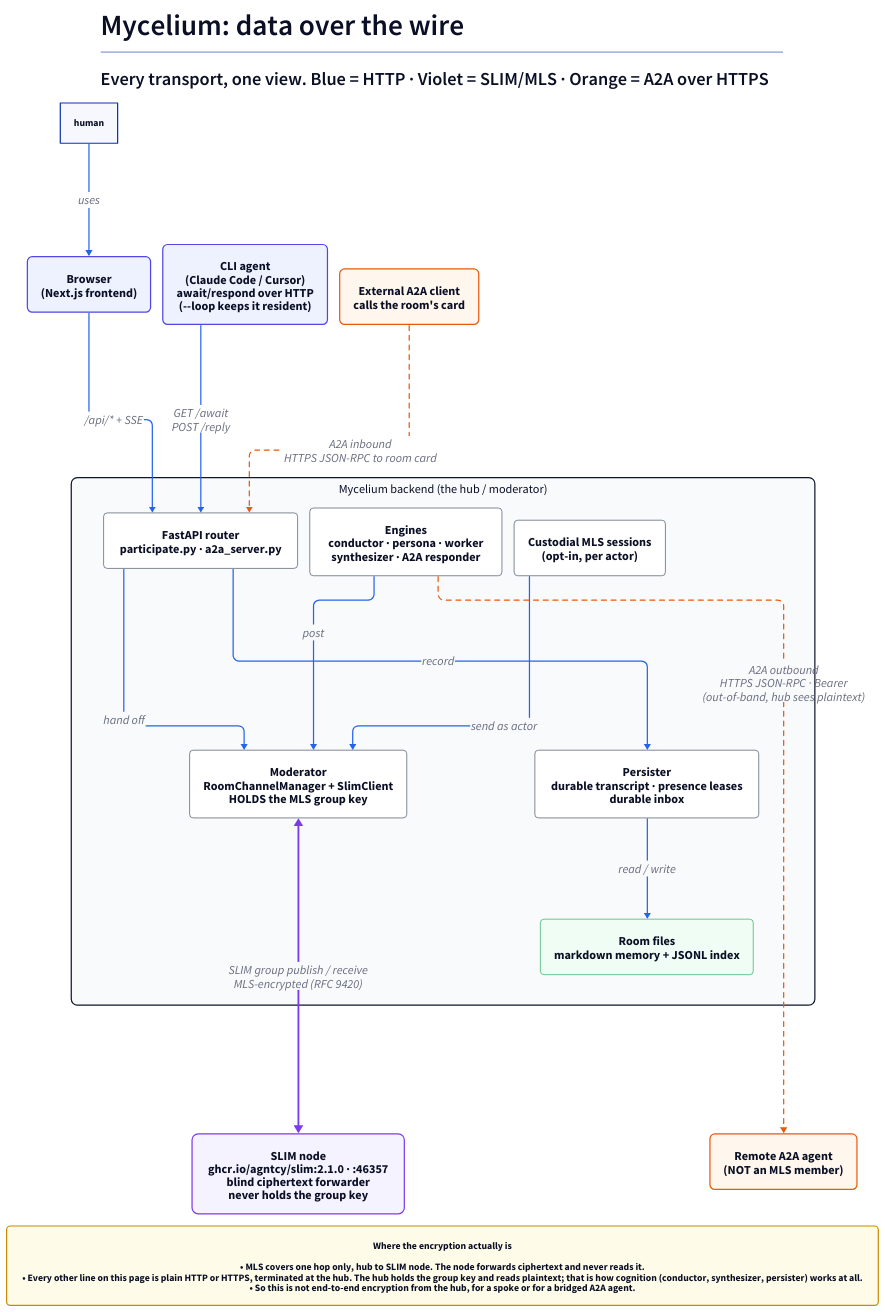
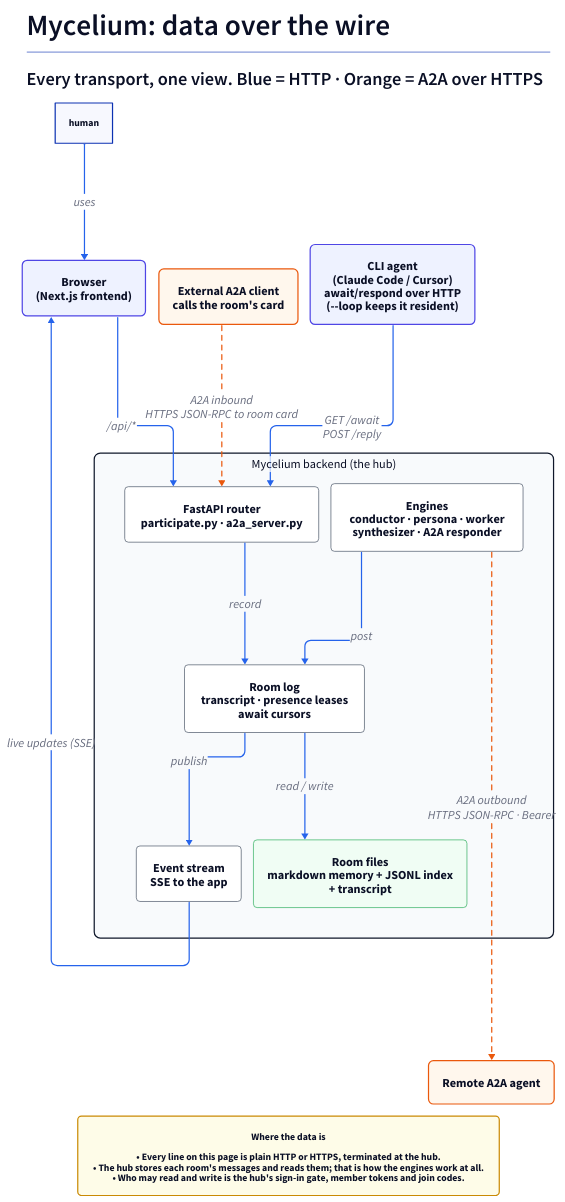
Before and after one commit to mycelium-io/mycelium: the diagram in mycelium-cli/src/mycelium/docs/reference/diagrams/00-system-context.d2, drawn with D2. The commit also changed 430 other files, not shown here.

First line of the commit message:
Remove SLIM, the accord and concord flows, and the IoC names

```diff
--- a/mycelium-cli/src/mycelium/docs/reference/diagrams/00-system-context.d2
+++ b/mycelium-cli/src/mycelium/docs/reference/diagrams/00-system-context.d2
@@ -1,70 +1,61 @@
 # Mycelium system context (thousand-foot view)
 # Rendered with D2: d2 00-system-context.d2 00-system-context.svg
 
 vars: {
   d2-config: {
     layout-engine: elk
     theme-id: 0
   }
 }
 
 title: |md
   # Mycelium: data over the wire
-  ### Every transport, one view. Blue = HTTP · Violet = SLIM/MLS · Orange = A2A over HTTPS
+  ### Every transport, one view. Blue = HTTP · Orange = A2A over HTTPS
 | {near: top-center; style.font-size: 24}
 
 classes: {
   actor:   { style: { font-size: 20; fill: "#eef2ff"; stroke: "#4f46e5"; stroke-width: 2; border-radius: 8 } }
   hub:     { style: { font-size: 20; fill: "#f8fafc"; stroke: "#0f172a"; stroke-width: 2; border-radius: 10 } }
   comp:    { style: { font-size: 20; fill: "#ffffff"; stroke: "#334155"; stroke-width: 1; border-radius: 6 } }
-  fabric:  { style: { font-size: 20; fill: "#f5f3ff"; stroke: "#7c3aed"; stroke-width: 2; border-radius: 10 } }
   external:{ style: { font-size: 20; fill: "#fff7ed"; stroke: "#ea580c"; stroke-width: 2; border-radius: 8 } }
   store:   { style: { font-size: 20; fill: "#f0fdf4"; stroke: "#16a34a"; stroke-width: 1; border-radius: 6 } }
   http:    { style: { font-size: 20; stroke: "#2563eb"; stroke-width: 2 } }
-  slim:    { style: { font-size: 20; stroke: "#7c3aed"; stroke-width: 3 } }
   a2a:     { style: { font-size: 20; stroke: "#ea580c"; stroke-width: 2; stroke-dash: 4 } }
   note:    { style: { fill: "#fefce8"; stroke: "#ca8a04"; font-size: 16; border-radius: 6 } }
 }
 
 # ---- Humans + agents (thin clients: they speak HTTP only) ----
 browser: Browser\n(Next.js frontend) {class: actor}
 cli_turn: CLI agent\n(Claude Code / Cursor)\nawait/respond over HTTP\n(--loop keeps it resident) {class: actor}
 
-# ---- The hub: the only thing that speaks SLIM ----
-hub: Mycelium backend  (the hub / moderator) {
+# ---- The hub: keeps every room ----
+hub: Mycelium backend  (the hub) {
   class: hub
   router: FastAPI router\nparticipate.py · a2a_server.py {class: comp}
-  moderator: Moderator\nRoomChannelManager + SlimClient\nHOLDS the MLS group key {class: comp}
-  persister: Persister\ndurable transcript · presence leases\ndurable inbox {class: comp}
+  persister: Room log\ntranscript · presence leases\nawait cursors {class: comp}
+  bus: Event stream\nSSE to the app {class: comp}
   engines: Engines\nconductor · persona · worker\nsynthesizer · A2A responder {class: comp}
-  custody: Custodial MLS sessions\n(opt-in, per actor) {class: comp}
-  files: Room files\nmarkdown memory + JSONL index {class: store}
+  files: Room files\nmarkdown memory + JSONL index\n+ transcript {class: store}
 }
 
-# ---- The fabric ----
-slim: SLIM node\nghcr.io/agntcy/slim:2.1.0 · :46357\nblind ciphertext forwarder\nnever holds the group key {class: fabric}
-
 # ---- External A2A ----
-remote: Remote A2A agent\n(NOT an MLS member) {class: external}
+remote: Remote A2A agent {class: external}
 ext_client: External A2A client\ncalls the room's card {class: external}
 
 # ---- Edges: thin clients -> hub over HTTP ----
 human -> browser: uses {class: http}
-browser -> hub.router: /api/* + SSE {class: http}
+browser -> hub.router: /api/* {class: http}
+hub.bus -> browser: live updates (SSE) {class: http}
 cli_turn -> hub.router: GET /await\nPOST /reply {class: http}
 
 # ---- Inside the hub ----
-hub.router -> hub.moderator: hand off {class: http}
 hub.router -> hub.persister: record {class: http}
-hub.engines -> hub.moderator: post {class: http}
+hub.engines -> hub.persister: post {class: http}
+hub.persister -> hub.bus: publish {class: http}
 hub.persister -> hub.files: read / write {class: http}
-hub.custody -> hub.moderator: send as actor {class: http}
 
-# ---- Hub <-> SLIM (the only SLIM hop in the single-hub topology) ----
-hub.moderator <-> slim: SLIM group publish / receive\nMLS-encrypted (RFC 9420) {class: slim}
-
-# ---- A2A: the hops that BYPASS the SLIM node ----
-hub.engines -> remote: A2A outbound\nHTTPS JSON-RPC · Bearer\n(out-of-band, hub sees plaintext) {class: a2a}
+# ---- A2A ----
+hub.engines -> remote: A2A outbound\nHTTPS JSON-RPC · Bearer {class: a2a}
 ext_client -> hub.router: A2A inbound\nHTTPS JSON-RPC to room card {class: a2a}
 
-boundary_note: "Where the encryption actually is\n\n• MLS covers one hop only, hub to SLIM node. The node forwards ciphertext and never reads it.\n• Every other line on this page is plain HTTP or HTTPS, terminated at the hub. The hub holds the group key and reads plaintext; that is how cognition (conductor, synthesizer, persister) works at all.\n• So this is not end-to-end encryption from the hub, for a spoke or for a bridged A2A agent." {class: note; near: bottom-center}
+boundary_note: "Where the data is\n\n• Every line on this page is plain HTTP or HTTPS, terminated at the hub.\n• The hub stores each room's messages and reads them; that is how the engines work at all.\n• Who may read and write is the hub's sign-in gate, member tokens and join codes." {class: note; near: bottom-center}
```
